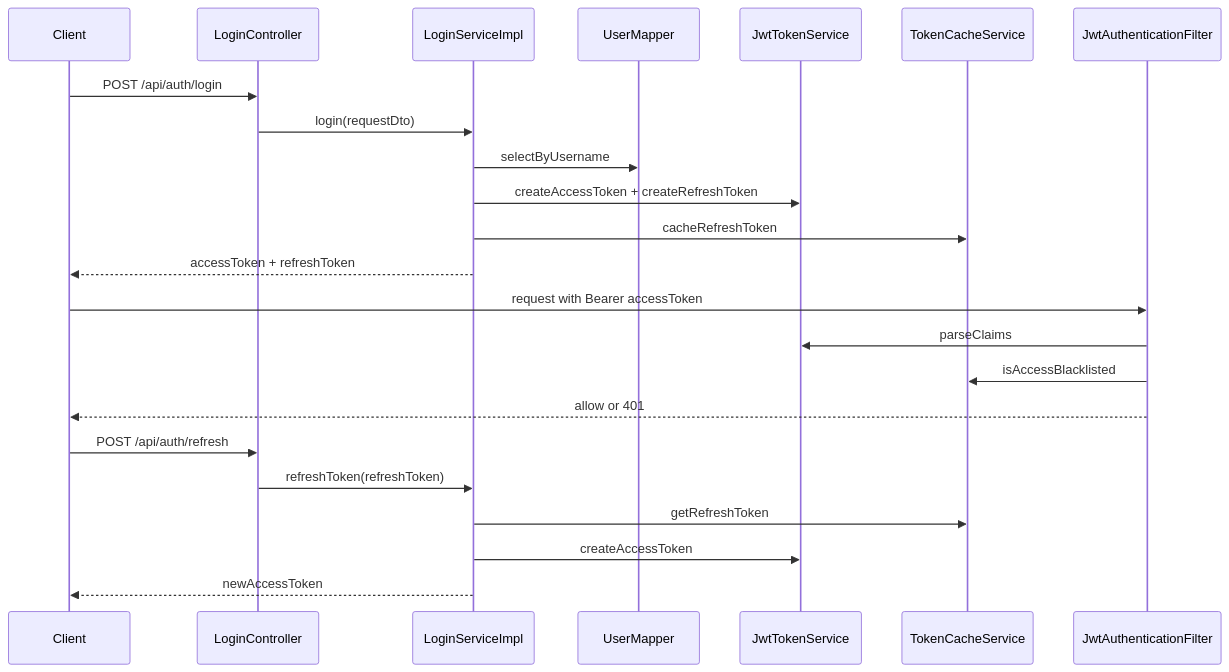
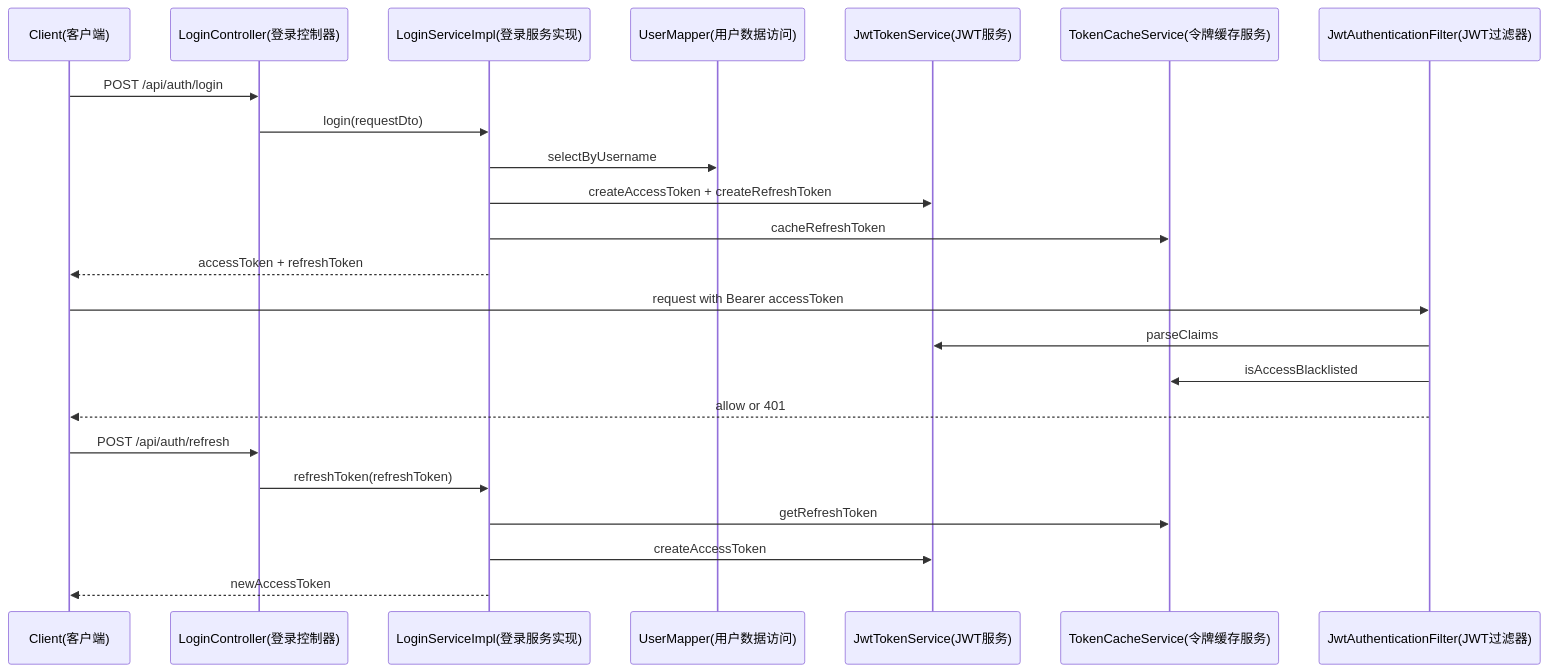
The diagram in CursorChat/springboot/30-安全与登录/05-登录鉴权时序与失败场景.md (Qiubailuoluo/SpringBoot-Lean), drawn with Mermaid before and after one commit. The commit also changed other lines of this file and 45 other files, not shown here.

First line of the commit message:
refactor(docs): normalize springboot links paths and mermaid labels

````diff
--- a/CursorChat/springboot/30-安全与登录/05-登录鉴权时序与失败场景.md
+++ b/CursorChat/springboot/30-安全与登录/05-登录鉴权时序与失败场景.md
@@ -16,28 +16,28 @@
 ```mermaid
 sequenceDiagram
-participant client as Client
-participant loginController as LoginController
-participant loginService as LoginServiceImpl
-participant userMapper as UserMapper
-participant jwtService as JwtTokenService
-participant tokenCache as TokenCacheService
-participant jwtFilter as JwtAuthenticationFilter
+participant client as Client(客户端)
+participant loginController as LoginController(登录控制器)
+participant loginService as LoginServiceImpl(登录服务实现)
+participant userMapper as UserMapper(用户数据访问)
+participant jwtService as JwtTokenService(JWT服务)
+participant tokenCache as TokenCacheService(令牌缓存服务)
+participant jwtFilter as JwtAuthenticationFilter(JWT过滤器)
 
 client->>loginController: POST /api/auth/login
 loginController->>loginService: login(requestDto)
 loginService->>userMapper: selectByUsername
 loginService->>jwtService: createAccessToken + createRefreshToken
 loginService->>tokenCache: cacheRefreshToken
 loginService-->>client: accessToken + refreshToken
 
 client->>jwtFilter: request with Bearer accessToken
 jwtFilter->>jwtService: parseClaims
 jwtFilter->>tokenCache: isAccessBlacklisted
 jwtFilter-->>client: allow or 401
 
 client->>loginController: POST /api/auth/refresh
 loginController->>loginService: refreshToken(refreshToken)
 loginService->>tokenCache: getRefreshToken
 loginService->>jwtService: createAccessToken
 loginService-->>client: newAccessToken
 ```
````
